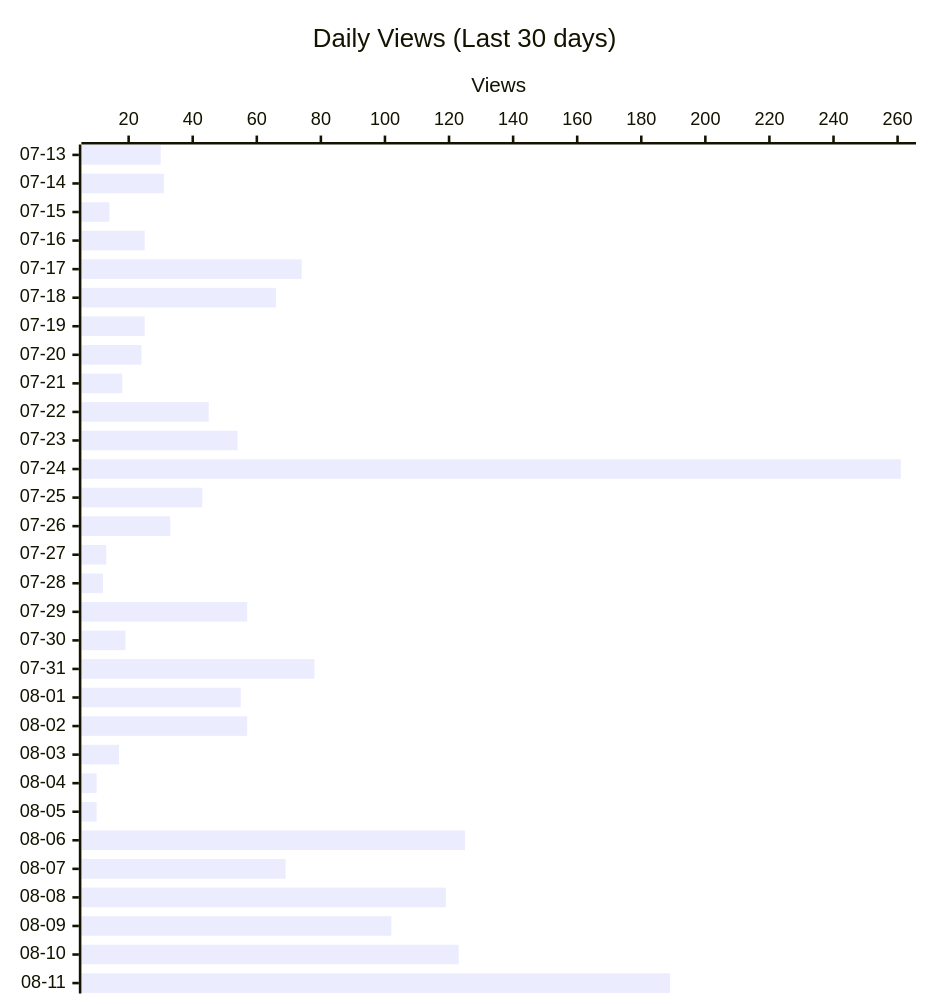
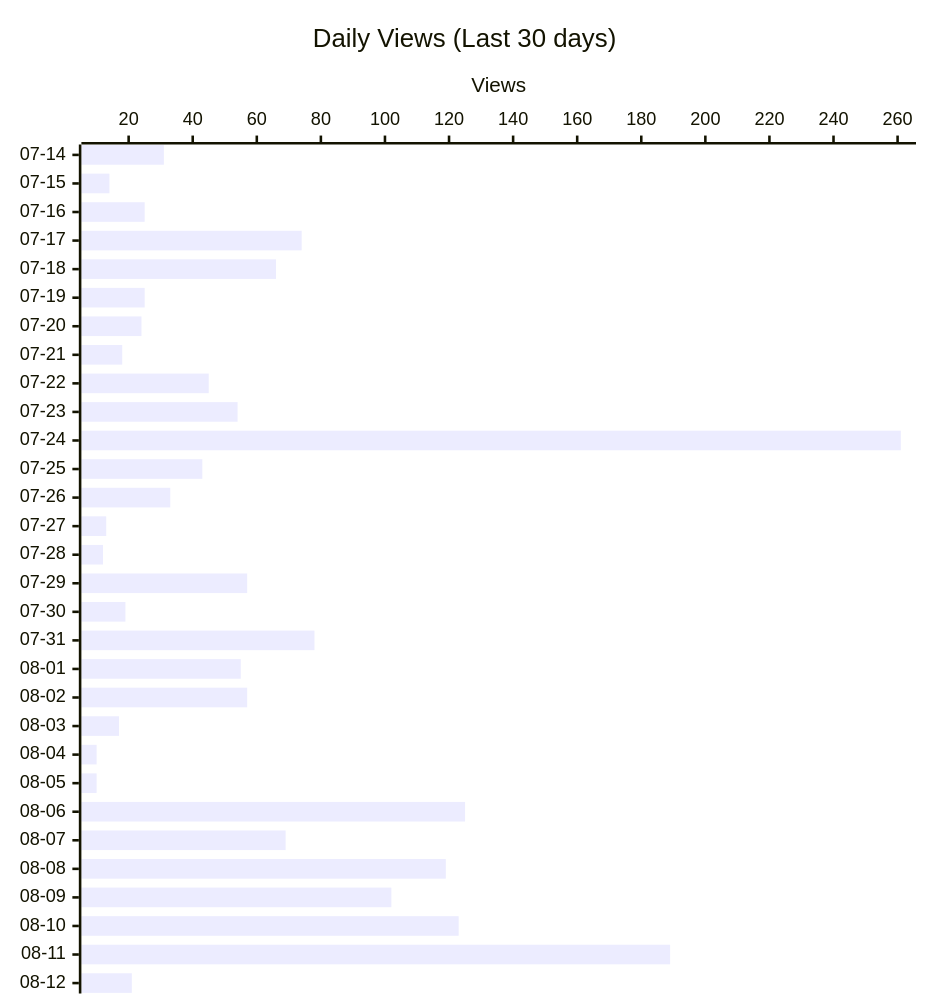
Before and after one commit to shigechika/github-insights: the second of 4 diagrams in README.md, drawn with Mermaid. The commit also changed other lines of this file and 2 other files, not shown here.

````diff
--- a/README.md
+++ b/README.md
@@ -28,12 +28,12 @@
 ```mermaid
 ---
 config:
   xyChart:
     height: 760
 ---
 xychart-beta horizontal
     title "Daily Views (Last 30 days)"
-    x-axis ["07-13", "07-14", "07-15", "07-16", "07-17", "07-18", "07-19", "07-20", "07-21", "07-22", "07-23", "07-24", "07-25", "07-26", "07-27", "07-28", "07-29", "07-30", "07-31", "08-01", "08-02", "08-03", "08-04", "08-05", "08-06", "08-07", "08-08", "08-09", "08-10", "08-11"]
+    x-axis ["07-14", "07-15", "07-16", "07-17", "07-18", "07-19", "07-20", "07-21", "07-22", "07-23", "07-24", "07-25", "07-26", "07-27", "07-28", "07-29", "07-30", "07-31", "08-01", "08-02", "08-03", "08-04", "08-05", "08-06", "08-07", "08-08", "08-09", "08-10", "08-11", "08-12"]
     y-axis "Views"
-    bar [30, 31, 14, 25, 74, 66, 25, 24, 18, 45, 54, 261, 43, 33, 13, 12, 57, 19, 78, 55, 57, 17, 10, 10, 125, 69, 119, 102, 123, 189]
+    bar [31, 14, 25, 74, 66, 25, 24, 18, 45, 54, 261, 43, 33, 13, 12, 57, 19, 78, 55, 57, 17, 10, 10, 125, 69, 119, 102, 123, 189, 21]
 ```
````
